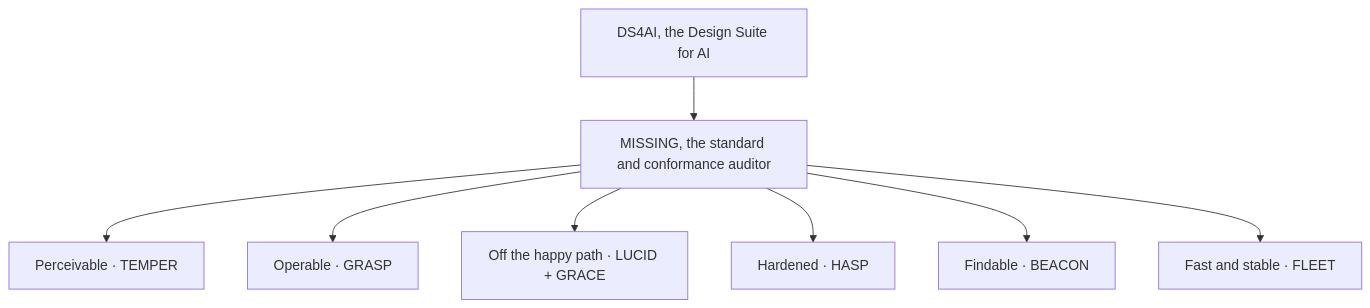
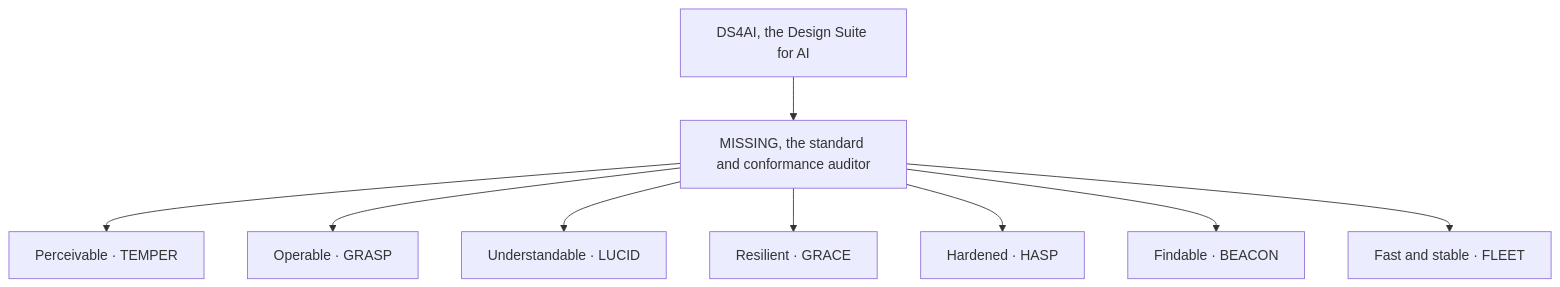
The diagram in README.md (Polymathie-Studio/missing), drawn with Mermaid before and after one commit. The commit also changed other lines of this file and 5 other files, not shown here.

First line of the commit message:
Split off-happy-path into Understandable and Resilient: six axes to seven

````diff
--- a/README.md
+++ b/README.md
@@ -7,11 +7,12 @@
 ```mermaid
 flowchart TB
   DS["DS4AI, the Design Suite for AI"]
   DS --> M["MISSING, the standard and conformance auditor"]
   M --> T["Perceivable · TEMPER"]
   M --> G["Operable · GRASP"]
-  M --> LG["Off the happy path · LUCID + GRACE"]
+  M --> U["Understandable · LUCID"]
+  M --> R["Resilient · GRACE"]
   M --> H["Hardened · HASP"]
   M --> B["Findable · BEACON"]
   M --> F["Fast and stable · FLEET"]
 ```
````
